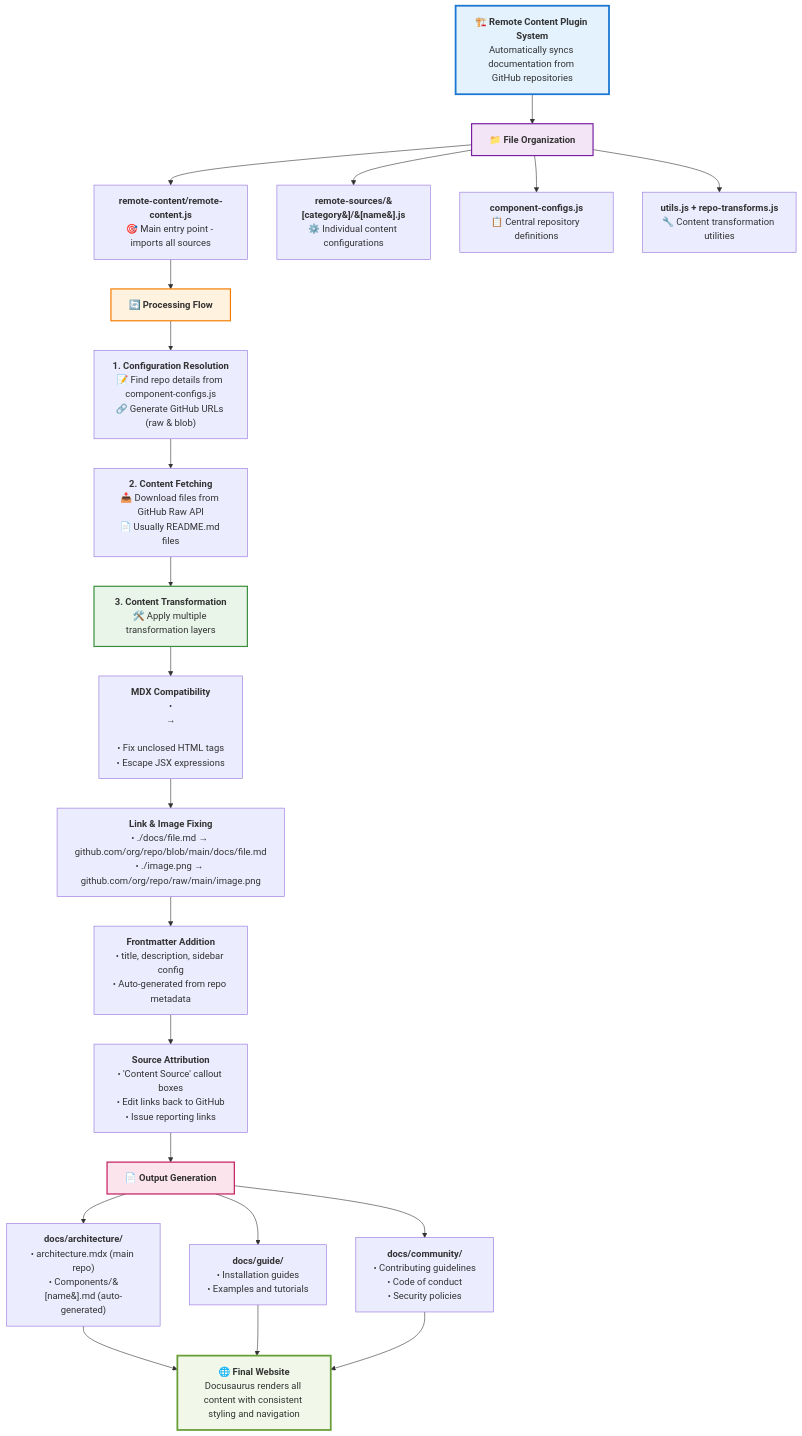
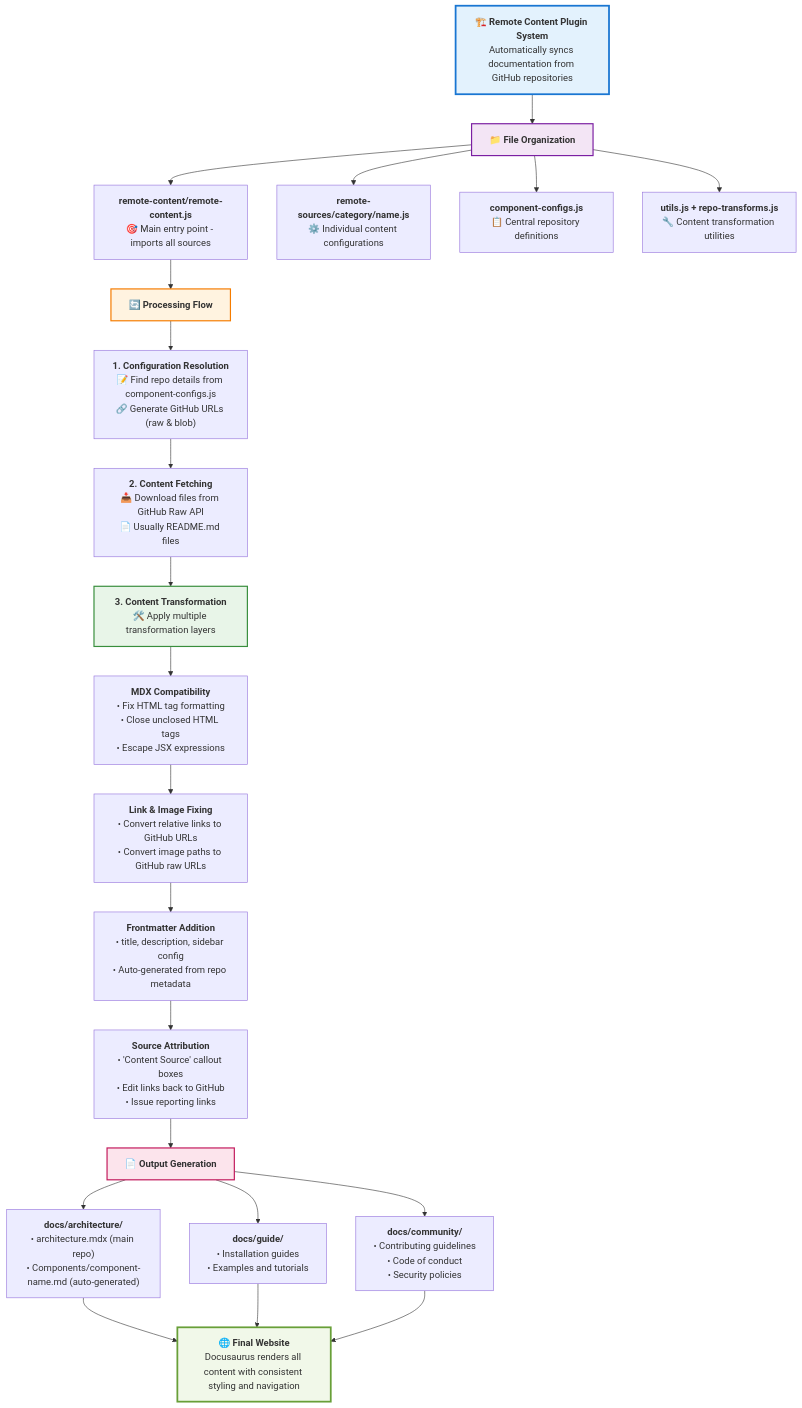
The first of 3 diagrams in remote-content/README.md (llm-d/llm-d.github.io), drawn with Mermaid before and after one commit. The commit also changed other lines of this file, not shown here.

Commit message:
Update README.md to fix formatting issues

````diff
--- a/remote-content/README.md
+++ b/remote-content/README.md
@@ -66,72 +66,72 @@
 ```mermaid
 flowchart TD
     A["`**🏗️ Remote Content Plugin System**
     Automatically syncs documentation from GitHub repositories`"] --> B["`**📁 File Organization**`"]
     
     B --> B1["`**remote-content/remote-content.js**
     🎯 Main entry point - imports all sources`"]
-    B --> B2["`**remote-sources/&#91;category&#93;/&#91;name&#93;.js**
+    B --> B2["`**remote-sources/category/name.js**
     ⚙️ Individual content configurations`"]
     B --> B3["`**component-configs.js**
     📋 Central repository definitions`"]
     B --> B4["`**utils.js + repo-transforms.js**
     🔧 Content transformation utilities`"]
     
     B1 --> C["`**🔄 Processing Flow**`"]
     
     C --> C1["`**1. Configuration Resolution**
     📝 Find repo details from component-configs.js
     🔗 Generate GitHub URLs (raw & blob)`"]
     
     C1 --> C2["`**2. Content Fetching**
     📥 Download files from GitHub Raw API
     📄 Usually README.md files`"]
     
     C2 --> C3["`**3. Content Transformation**
     🛠️ Apply multiple transformation layers`"]
     
     C3 --> C3a["`**MDX Compatibility**
-    • <br> → <br />
-    • Fix unclosed HTML tags
+    • Fix HTML tag formatting
+    • Close unclosed HTML tags
     • Escape JSX expressions`"]
     
     C3a --> C3b["`**Link & Image Fixing**
-    • ./docs/file.md → github.com/org/repo/blob/main/docs/file.md
-    • ./image.png → github.com/org/repo/raw/main/image.png`"]
+    • Convert relative links to GitHub URLs
+    • Convert image paths to GitHub raw URLs`"]
     
     C3b --> C3c["`**Frontmatter Addition**
     • title, description, sidebar config
     • Auto-generated from repo metadata`"]
     
     C3c --> C3d["`**Source Attribution**
     • 'Content Source' callout boxes
     • Edit links back to GitHub
     • Issue reporting links`"]
     
     C3d --> D["`**📄 Output Generation**`"]
     
     D --> D1["`**docs/architecture/**
     • architecture.mdx (main repo)
-    • Components/&#91;name&#93;.md (auto-generated)`"]
+    • Components/component-name.md (auto-generated)`"]
     
     D --> D2["`**docs/guide/**
     • Installation guides
     • Examples and tutorials`"]
     
     D --> D3["`**docs/community/**
     • Contributing guidelines
     • Code of conduct
     • Security policies`"]
     
     D1 --> E["`**🌐 Final Website**
     Docusaurus renders all content with consistent styling and navigation`"]
     D2 --> E
     D3 --> E
     
     style A fill:#e3f2fd,stroke:#1976d2,stroke-width:3px
     style B fill:#f3e5f5,stroke:#7b1fa2,stroke-width:2px
     style C fill:#fff3e0,stroke:#f57c00,stroke-width:2px
     style C3 fill:#e8f5e8,stroke:#388e3c,stroke-width:2px
     style D fill:#fce4ec,stroke:#c2185b,stroke-width:2px
     style E fill:#f1f8e9,stroke:#689f38,stroke-width:3px
 ```
````
